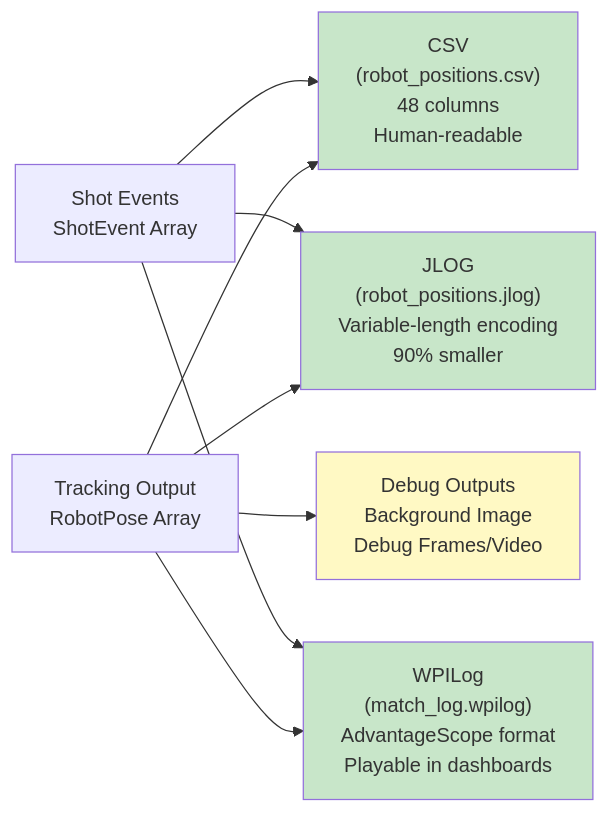
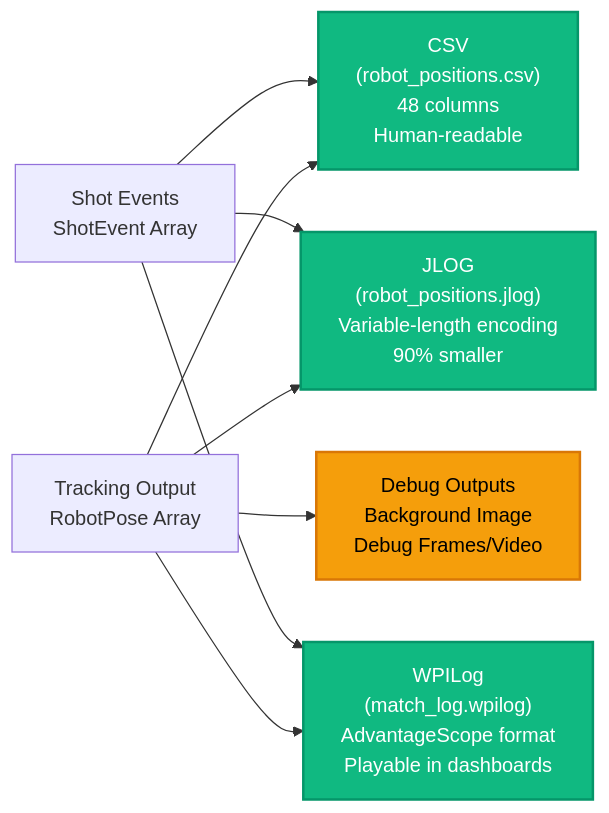
One commit to ALeaf21/LearningJuiceAutoScout changed the eighth of 13 diagrams in docs/SYSTEM_ARCHITECTURE.md. Above: the diagram before and after it, drawn with Mermaid. The commit also changed other lines of this file and 1 other file, not shown here.

Commit message:
doc updated for dark theme

````diff
--- a/docs/SYSTEM_ARCHITECTURE.md
+++ b/docs/SYSTEM_ARCHITECTURE.md
@@ -302,26 +308,27 @@
 ```mermaid
+%%{init: {theme: 'dark'}}%%
 graph LR
     Tracking["Tracking Output<br/>RobotPose Array"]
     Shots["Shot Events<br/>ShotEvent Array"]
     
     CSV["CSV<br/>(robot_positions.csv)<br/>48 columns<br/>Human-readable"]
     
     JLOG["JLOG<br/>(robot_positions.jlog)<br/>Variable-length encoding<br/>90% smaller"]
     
     WPILOG["WPILog<br/>(match_log.wpilog)<br/>AdvantageScope format<br/>Playable in dashboards"]
     
     DEBUG["Debug Outputs<br/>Background Image<br/>Debug Frames/Video"]
     
     Tracking --> CSV
     Tracking --> JLOG
     Tracking --> WPILOG
     Shots --> CSV
     Shots --> JLOG
     Shots --> WPILOG
     Tracking --> DEBUG
     
-    style CSV fill:#c8e6c9
-    style JLOG fill:#c8e6c9
-    style WPILOG fill:#c8e6c9
-    style DEBUG fill:#fff9c4
+    style CSV fill:#10b981,stroke:#059669,stroke-width:2px,color:#fff
+    style JLOG fill:#10b981,stroke:#059669,stroke-width:2px,color:#fff
+    style WPILOG fill:#10b981,stroke:#059669,stroke-width:2px,color:#fff
+    style DEBUG fill:#f59e0b,stroke:#d97706,stroke-width:2px,color:#000
 ```
````
